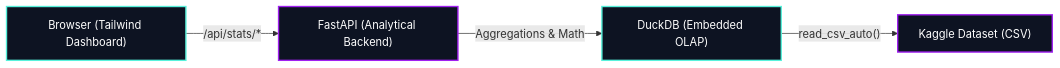
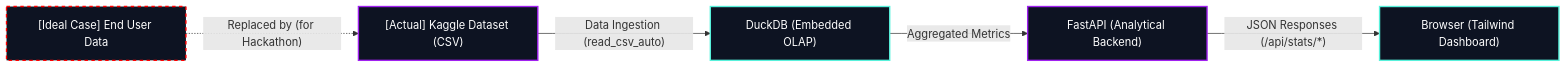
One commit to hitanshuac/yeti-tracker changed the diagram in docs/architecture.mmd. Above: the diagram before and after it, drawn with Mermaid. The commit also changed 26 other files, not shown here.

Commit message:
feat: consolidate architecture diagram and trigger release

```diff
--- a/docs/architecture.mmd
+++ b/docs/architecture.mmd
@@ -1,17 +1,20 @@
 graph LR
     %% Style Definitions
+    classDef user fill:#0d1322,stroke:#ff0000,stroke-width:2px,color:#fff,stroke-dasharray: 5 5;
     classDef browser fill:#0d1322,stroke:#57f1db,stroke-width:2px,color:#fff;
     classDef api fill:#0d1322,stroke:#a020f0,stroke-width:2px,color:#fff;
     classDef db fill:#0d1322,stroke:#57f1db,stroke-width:2px,color:#fff;
     classDef csv fill:#0d1322,stroke:#a020f0,stroke-width:2px,color:#fff;
 
     %% Nodes
+    IdealUser["[Ideal Case] End User Data"]:::user
+    Kaggle["[Actual] Kaggle Dataset (CSV)"]:::csv
+    DuckDB["DuckDB (Embedded OLAP)"]:::db
+    FastAPI["FastAPI (Analytical Backend)"]:::api
     Browser["Browser (Tailwind Dashboard)"]:::browser
-    FastAPI["FastAPI (Analytical Backend)"]:::api
-    DuckDB["DuckDB (Embedded OLAP)"]:::db
-    CSV["Kaggle Dataset (CSV)"]:::csv
 
     %% Edges
-    Browser -->|"/api/stats/*"| FastAPI
-    FastAPI -->|"Aggregations & Math"| DuckDB
-    DuckDB -->|"read_csv_auto()"| CSV
+    IdealUser -.->|"Replaced by (for Hackathon)"| Kaggle
+    Kaggle -->|"Data Ingestion (read_csv_auto)"| DuckDB
+    DuckDB -->|"Aggregated Metrics"| FastAPI
+    FastAPI -->|"JSON Responses (/api/stats/*)"| Browser
```
